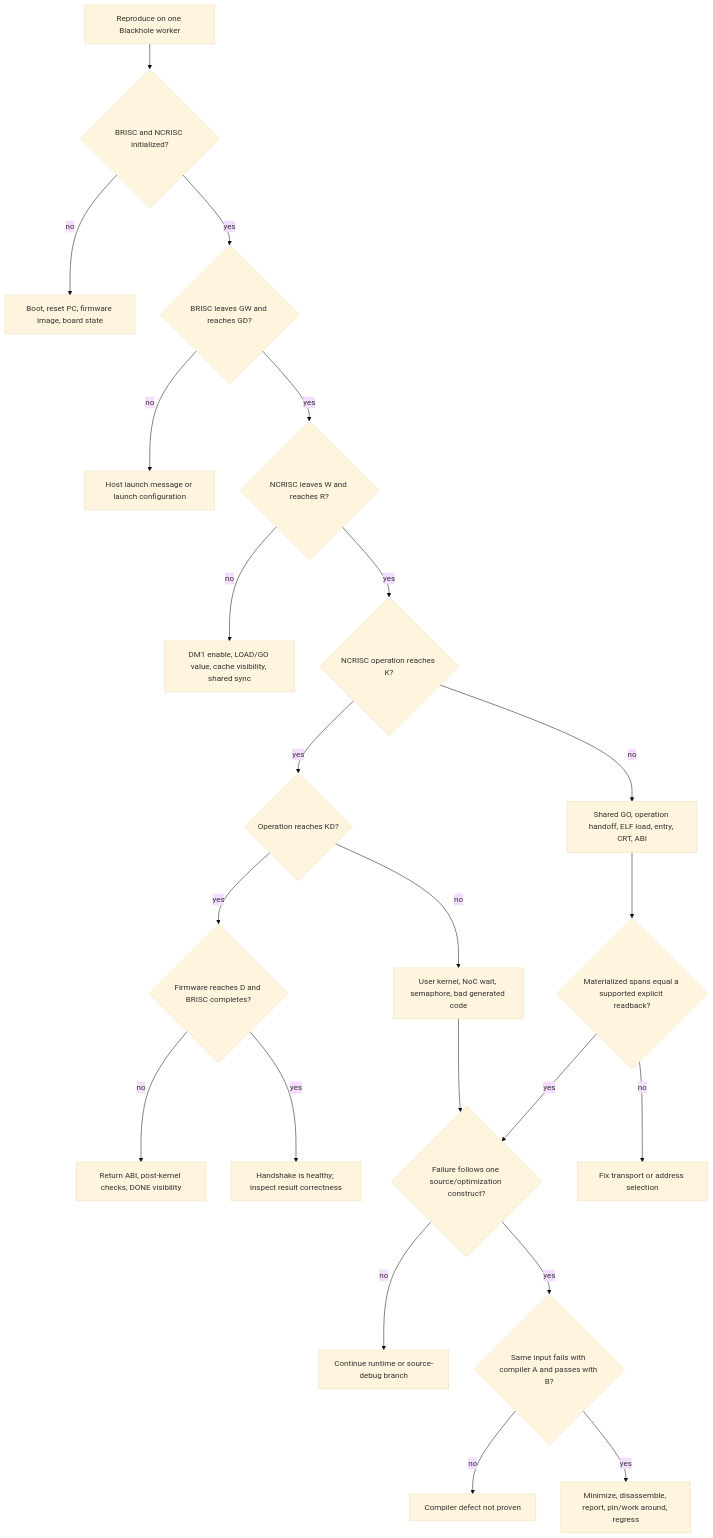
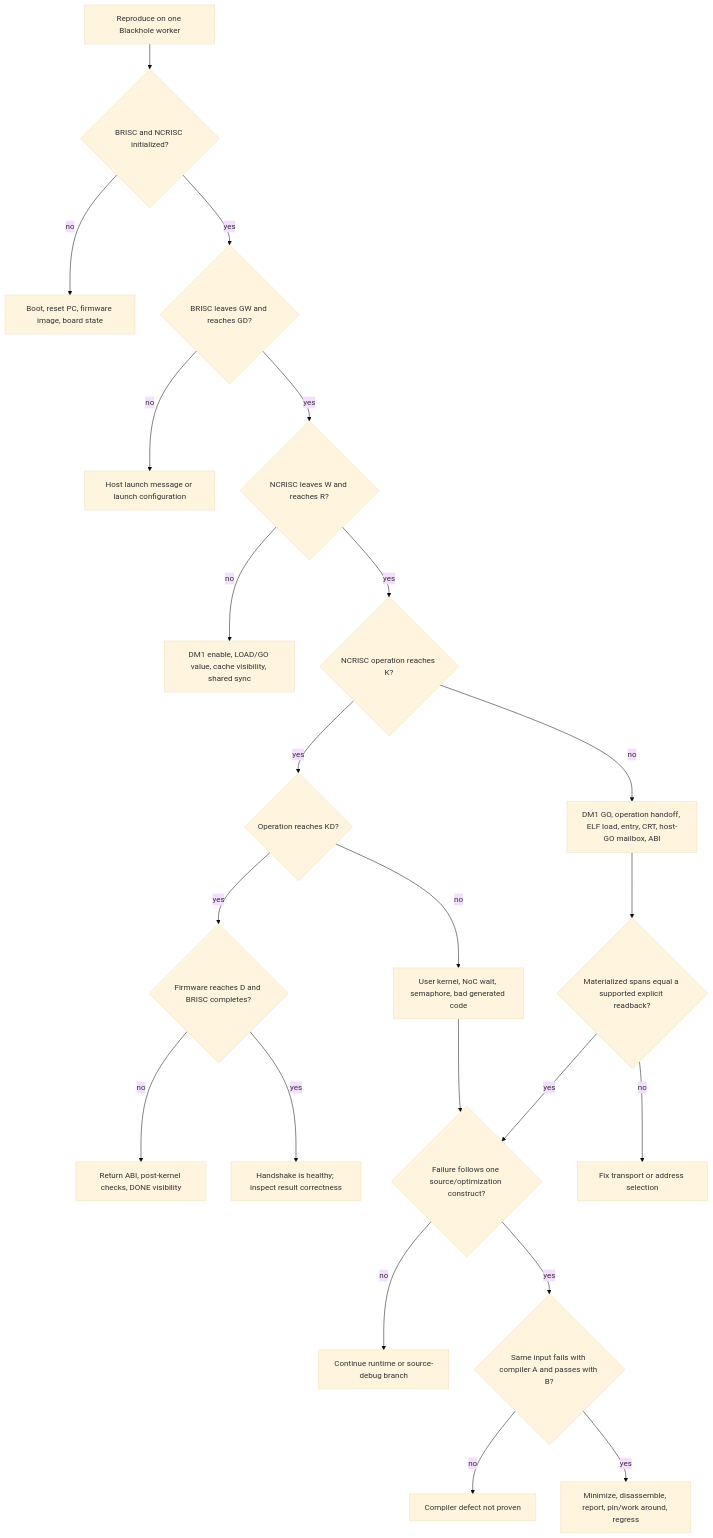
One commit to buicongnguyen/tt-sim changed the sixth of 20 diagrams in public/DISCUSSION_BLACKHOLE_BRINGUP.md. Above: the diagram before and after it, drawn with Mermaid (base theme). The commit also changed other lines of this file and 28 other files, not shown here.

````diff
--- a/public/DISCUSSION_BLACKHOLE_BRINGUP.md
+++ b/public/DISCUSSION_BLACKHOLE_BRINGUP.md
@@ -626,24 +642,24 @@
 ```mermaid
 flowchart TD
     A[Reproduce on one Blackhole worker] --> B{BRISC and NCRISC initialized?}
     B -- no --> B1[Boot, reset PC, firmware image, board state]
     B -- yes --> C{BRISC leaves GW and reaches GD?}
     C -- no --> C1[Host launch message or launch configuration]
     C -- yes --> D{NCRISC leaves W and reaches R?}
     D -- no --> D1[DM1 enable, LOAD/GO value, cache visibility, shared sync]
     D -- yes --> E{NCRISC operation reaches K?}
-    E -- no --> E1[Shared GO, operation handoff, ELF load, entry, CRT, ABI]
+    E -- no --> E1[DM1 GO, operation handoff, ELF load, entry, CRT, host-GO mailbox, ABI]
     E -- yes --> F{Operation reaches KD?}
     F -- no --> F1[User kernel, NoC wait, semaphore, bad generated code]
     F -- yes --> G{Firmware reaches D and BRISC completes?}
     G -- no --> G1[Return ABI, post-kernel checks, DONE visibility]
     G -- yes --> H[Handshake is healthy; inspect result correctness]
     E1 --> I{Materialized spans equal a supported explicit readback?}
     F1 --> J{Failure follows one source/optimization construct?}
     I -- no --> I1[Fix transport or address selection]
     I -- yes --> J
     J -- no --> J1[Continue runtime or source-debug branch]
     J -- yes --> K{Same input fails with compiler A and passes with B?}
     K -- no --> K1[Compiler defect not proven]
     K -- yes --> L[Minimize, disassemble, report, pin/work around, regress]
 ```
````
